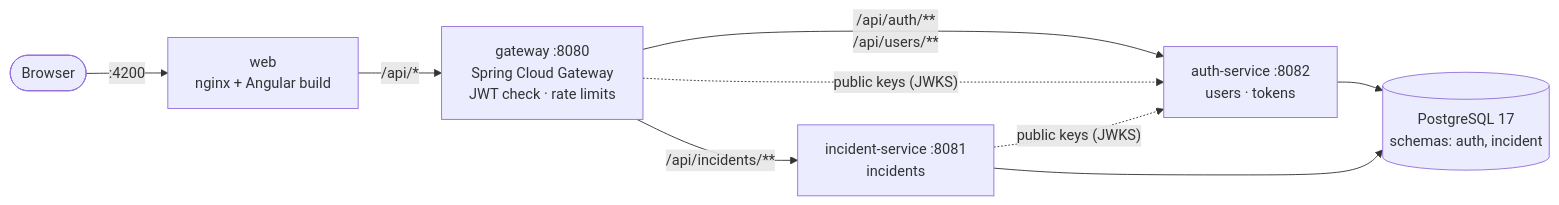
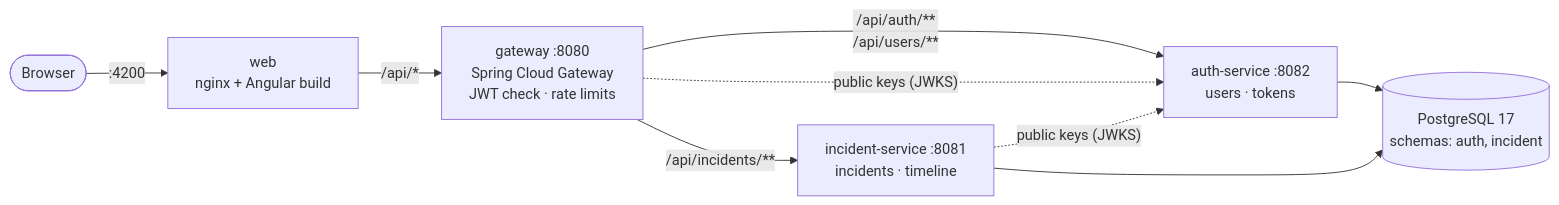
The first of 3 diagrams in README.md (n1tishc/beacon), drawn with Mermaid before and after one commit. The commit also changed other lines of this file and 58 other files, not shown here.

First line of the commit message:
Slice 3: incident lifecycle, timeline, optimistic locking

````diff
--- a/README.md
+++ b/README.md
@@ -24,11 +24,11 @@
 ```mermaid
 flowchart LR
     browser([Browser]) -->|":4200"| web["web<br/>nginx + Angular build"]
     web -->|"/api/*"| gateway["gateway :8080<br/>Spring Cloud Gateway<br/>JWT check · rate limits"]
     gateway -->|"/api/auth/**<br/>/api/users/**"| auth["auth-service :8082<br/>users · tokens"]
-    gateway -->|"/api/incidents/**"| incident["incident-service :8081<br/>incidents"]
+    gateway -->|"/api/incidents/**"| incident["incident-service :8081<br/>incidents · timeline"]
     gateway -.->|"public keys (JWKS)"| auth
     incident -.->|"public keys (JWKS)"| auth
     auth --> pg[("PostgreSQL 17<br/>schemas: auth, incident")]
     incident --> pg
 ```
````
